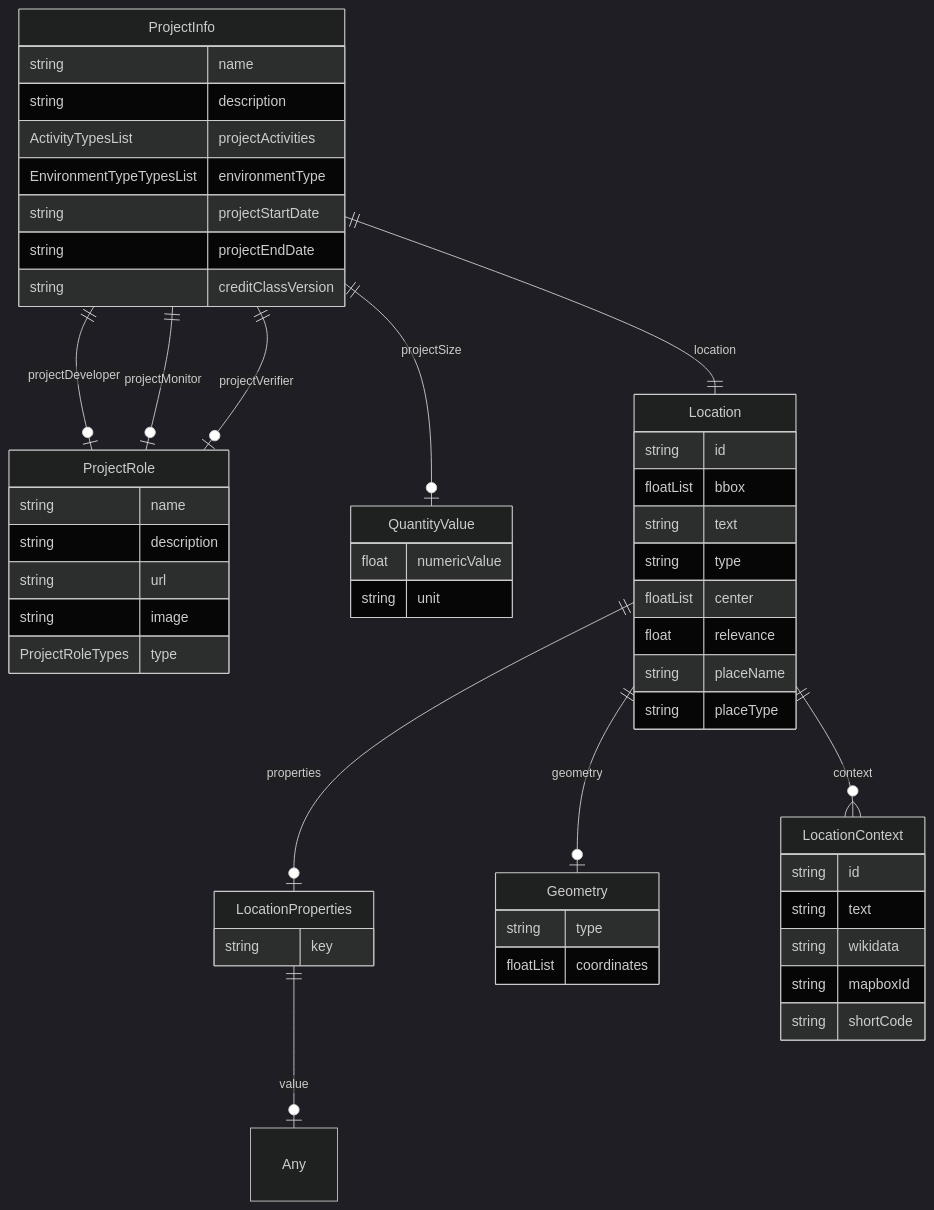
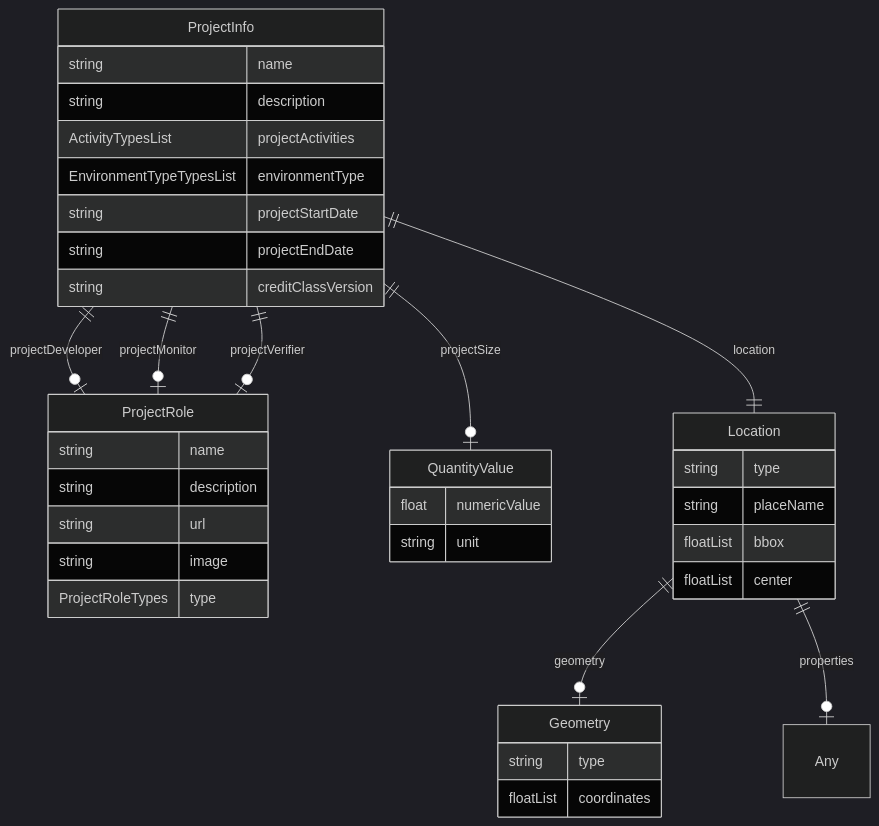
Before and after one commit to regen-network/regen-data-standards: the diagram in schema/generated/ProjectInfo.md, drawn with Mermaid (dark theme). The commit also changed 12 other files, not shown here.

````diff
--- a/schema/generated/ProjectInfo.md
+++ b/schema/generated/ProjectInfo.md
@@ -11,58 +11,45 @@
 ```mermaid
 erDiagram
 ProjectInfo {
     string name  
     string description  
     ActivityTypesList projectActivities  
     EnvironmentTypeTypesList environmentType  
     string projectStartDate  
     string projectEndDate  
     string creditClassVersion  
 }
 ProjectRole {
     string name  
     string description  
     string url  
     string image  
     ProjectRoleTypes type  
 }
 QuantityValue {
     float numericValue  
     string unit  
 }
 Location {
-    string id  
+    string type  
+    string placeName  
     floatList bbox  
-    string text  
-    string type  
     floatList center  
-    float relevance  
-    string placeName  
-    string placeType  
 }
-LocationProperties {
-    string key  
+Any {
+
 }
 Geometry {
     string type  
     floatList coordinates  
-}
-LocationContext {
-    string id  
-    string text  
-    string wikidata  
-    string mapboxId  
-    string shortCode  
 }
 
 ProjectInfo ||--|| Location : "location"
 ProjectInfo ||--|o QuantityValue : "projectSize"
 ProjectInfo ||--|o ProjectRole : "projectDeveloper"
 ProjectInfo ||--|o ProjectRole : "projectMonitor"
 ProjectInfo ||--|o ProjectRole : "projectVerifier"
-Location ||--}o LocationContext : "context"
 Location ||--|o Geometry : "geometry"
-Location ||--|o LocationProperties : "properties"
-LocationProperties ||--|o Any : "value"
+Location ||--|o Any : "properties"
 
 ```
````
